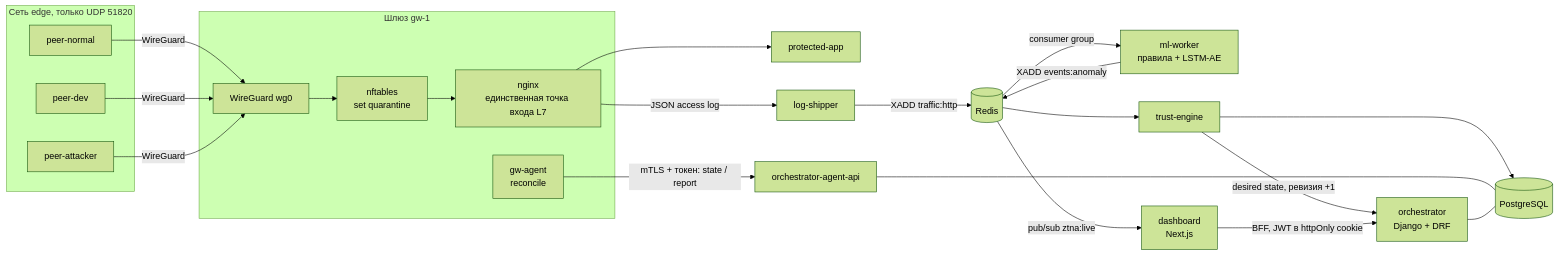
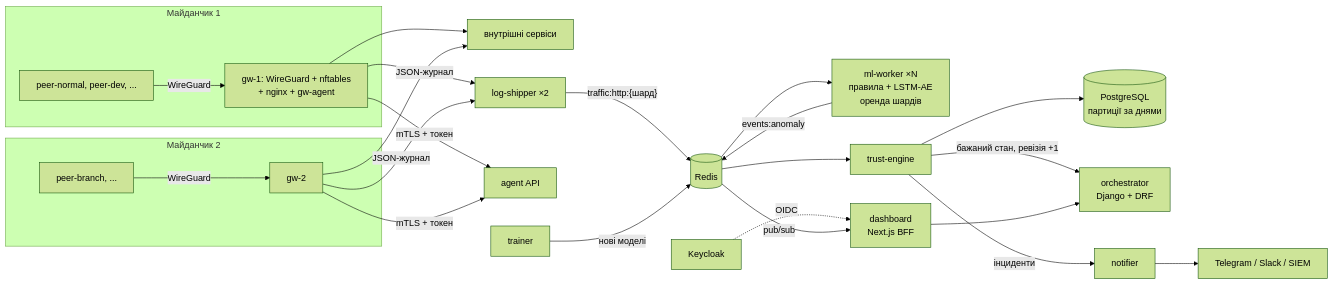
Before and after one commit to AlexMaster168/ztna-ml: the diagram in README.md, drawn with Mermaid (forest theme). The commit also changed other lines of this file and 23 other files, not shown here.

````diff
--- a/README.md
+++ b/README.md
@@ -25,27 +52,26 @@
 ```mermaid
 flowchart LR
-    subgraph edge[Сеть edge, только UDP 51820]
-        P1[peer-normal]
-        P2[peer-dev]
-        PA[peer-attacker]
+    subgraph site1[Майданчик 1]
+        P1[peer-normal, peer-dev, ...]
+        GW1[gw-1: WireGuard + nftables<br/>+ nginx + gw-agent]
     end
-    subgraph gw[Шлюз gw-1]
-        WG[WireGuard wg0]
-        NFT[nftables<br/>set quarantine]
-        NG[nginx<br/>единственная точка входа L7]
-        AG[gw-agent<br/>reconcile]
+    subgraph site2[Майданчик 2]
+        P2[peer-branch, ...]
+        GW2[gw-2]
     end
-    P1 & P2 & PA -- WireGuard --> WG --> NFT --> NG --> APP[protected-app]
-    NG -- JSON access log --> SH[log-shipper]
-    SH -- XADD traffic:http --> R[(Redis)]
-    R -- consumer group --> ML[ml-worker<br/>правила + LSTM-AE]
-    ML -- XADD events:anomaly --> R
+    P1 -- WireGuard --> GW1 --> APP[внутрішні сервіси]
+    P2 -- WireGuard --> GW2 --> APP
+    GW1 & GW2 -- JSON-журнал --> SH[log-shipper ×2]
+    SH -- "traffic:http:{шард}" --> R[(Redis)]
+    R --> ML[ml-worker ×N<br/>правила + LSTM-AE<br/>оренда шардів]
+    ML -- events:anomaly --> R
     R --> TE[trust-engine]
-    TE --> DB[(PostgreSQL)]
-    TE -- desired state, ревизия +1 --> ORCH[orchestrator<br/>Django + DRF]
-    AG -- mTLS + токен: state / report --> AAPI[orchestrator-agent-api]
-    AAPI --- DB
-    ORCH --- DB
-    R -- pub/sub ztna:live --> DASH[dashboard<br/>Next.js]
-    DASH -- BFF, JWT в httpOnly cookie --> ORCH
+    TE --> DB[(PostgreSQL<br/>партиції за днями)]
+    TE -- "бажаний стан, ревізія +1" --> ORCH[orchestrator<br/>Django + DRF]
+    GW1 & GW2 -- "mTLS + токен" --> AAPI[agent API]
+    TR[trainer] -- нові моделі --> R
+    TE -- інциденти --> NT[notifier] --> EXT[Telegram / Slack / SIEM]
+    KC[Keycloak] -. OIDC .-> DASH
+    DASH[dashboard<br/>Next.js BFF] --> ORCH
+    R -- pub/sub --> DASH
 ```
````
